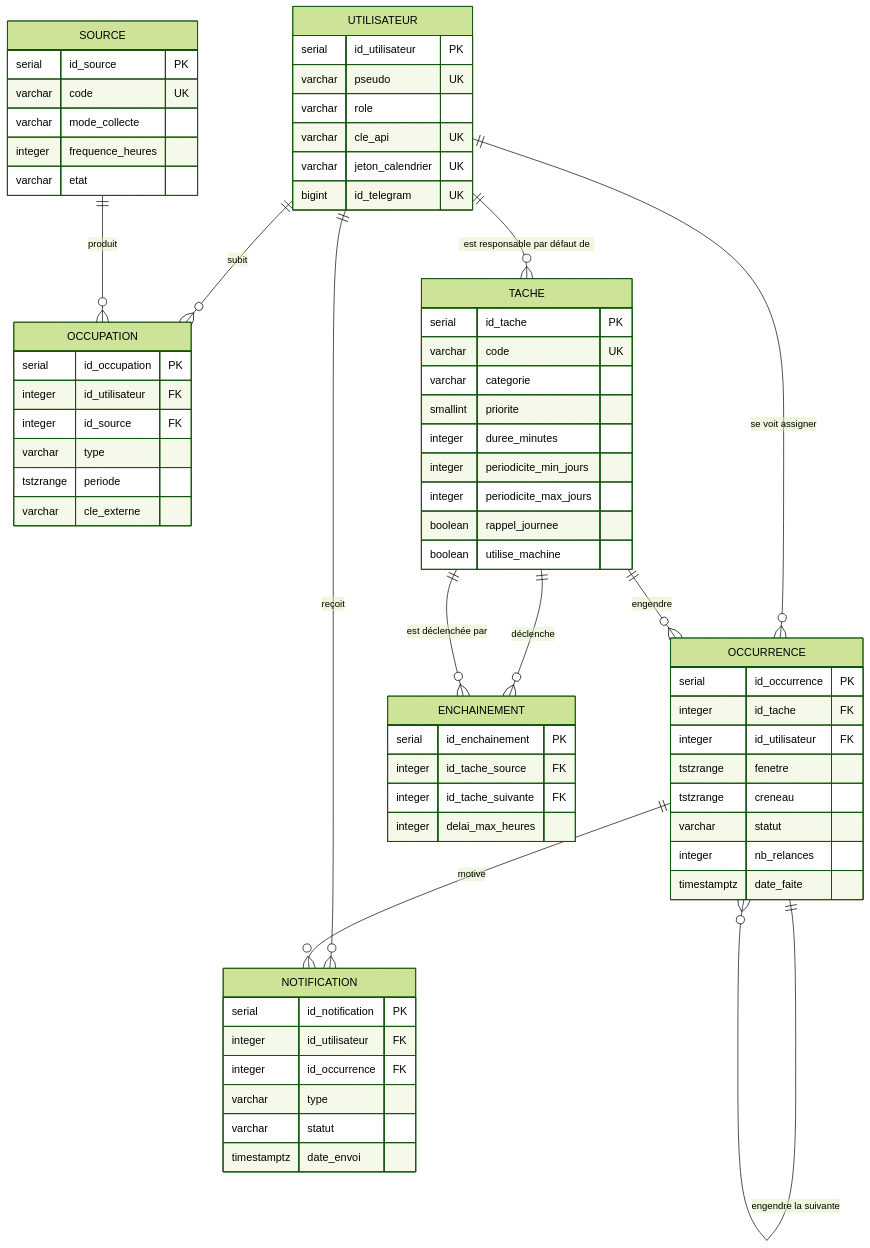
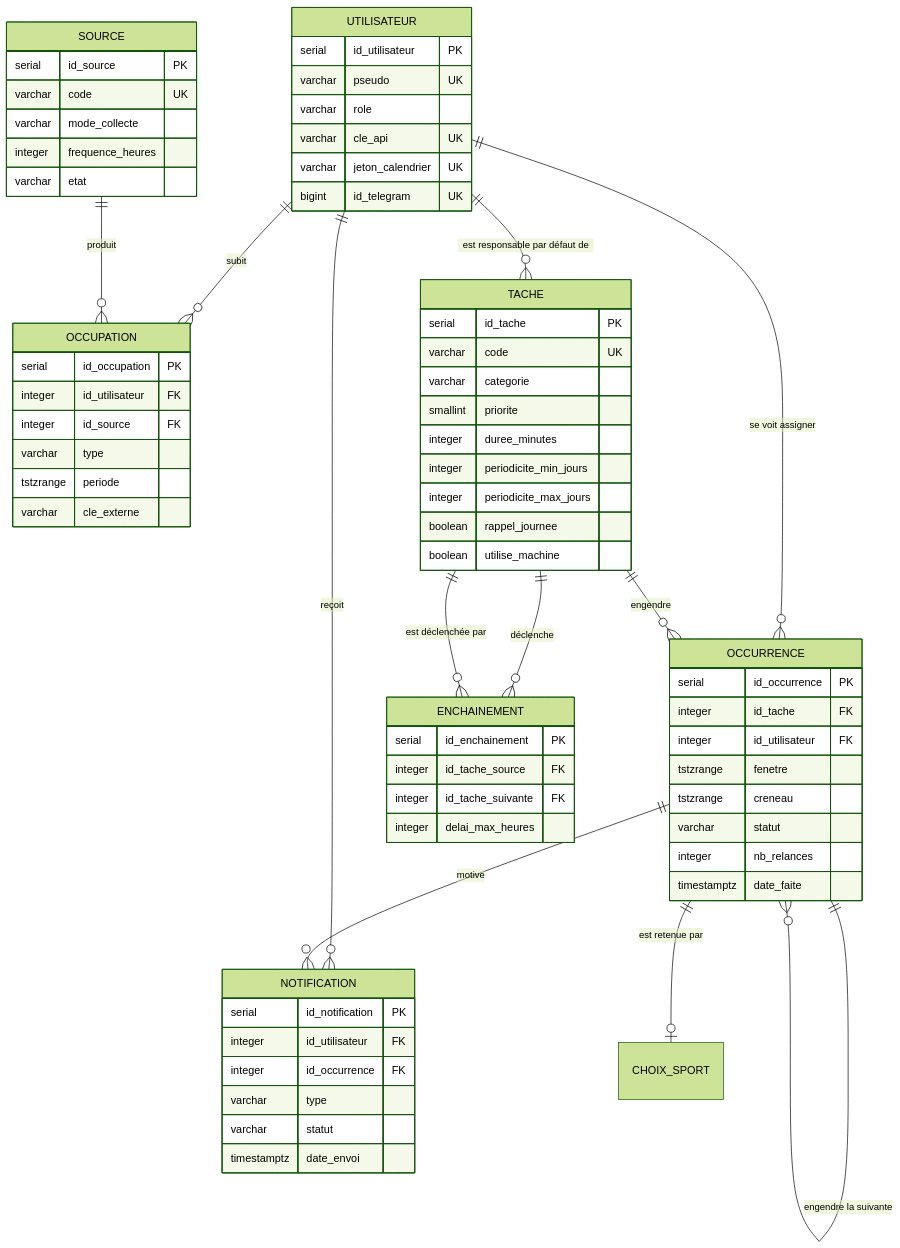
Before and after one commit to DocXydre/Projet_Emploie_du_temps: the diagram in cahier-des-charges.md, drawn with Mermaid (forest theme). The commit also changed other lines of this file and 6 other files, not shown here.

Commit message:
git add -A git commit -m "Refonte de l'organisation du sport : choix, habitudes, séances à déterminer" git push

````diff
--- a/cahier-des-charges.md
+++ b/cahier-des-charges.md
@@ -306,72 +316,73 @@
 ```mermaid
 erDiagram
     UTILISATEUR ||--o{ OCCUPATION   : "subit"
     UTILISATEUR ||--o{ OCCURRENCE   : "se voit assigner"
     UTILISATEUR ||--o{ NOTIFICATION : "reçoit"
     UTILISATEUR ||--o{ TACHE        : "est responsable par défaut de"
     SOURCE      ||--o{ OCCUPATION   : "produit"
     TACHE       ||--o{ OCCURRENCE   : "engendre"
     TACHE       ||--o{ ENCHAINEMENT : "déclenche"
     TACHE       ||--o{ ENCHAINEMENT : "est déclenchée par"
     OCCURRENCE  ||--o{ NOTIFICATION : "motive"
+    OCCURRENCE  ||--o| CHOIX_SPORT  : "est retenue par"
     OCCURRENCE  ||--o{ OCCURRENCE   : "engendre la suivante"
 
     UTILISATEUR {
         serial  id_utilisateur PK
         varchar pseudo UK
         varchar role
         varchar cle_api UK
         varchar jeton_calendrier UK
         bigint  id_telegram UK
     }
     SOURCE {
         serial  id_source PK
         varchar code UK
         varchar mode_collecte
         integer frequence_heures
         varchar etat
     }
     OCCUPATION {
         serial    id_occupation PK
         integer   id_utilisateur FK
         integer   id_source FK
         varchar   type
         tstzrange periode
         varchar   cle_externe
     }
     TACHE {
         serial   id_tache PK
         varchar  code UK
         varchar  categorie
         smallint priorite
         integer  duree_minutes
         integer  periodicite_min_jours
         integer  periodicite_max_jours
         boolean  rappel_journee
         boolean  utilise_machine
     }
     ENCHAINEMENT {
         serial  id_enchainement PK
         integer id_tache_source FK
         integer id_tache_suivante FK
         integer delai_max_heures
     }
     OCCURRENCE {
         serial      id_occurrence PK
         integer     id_tache FK
         integer     id_utilisateur FK
         tstzrange   fenetre
         tstzrange   creneau
         varchar     statut
         integer     nb_relances
         timestamptz date_faite
     }
     NOTIFICATION {
         serial      id_notification PK
         integer     id_utilisateur FK
         integer     id_occurrence FK
         varchar     type
         varchar     statut
         timestamptz date_envoi
     }
 ```
````
